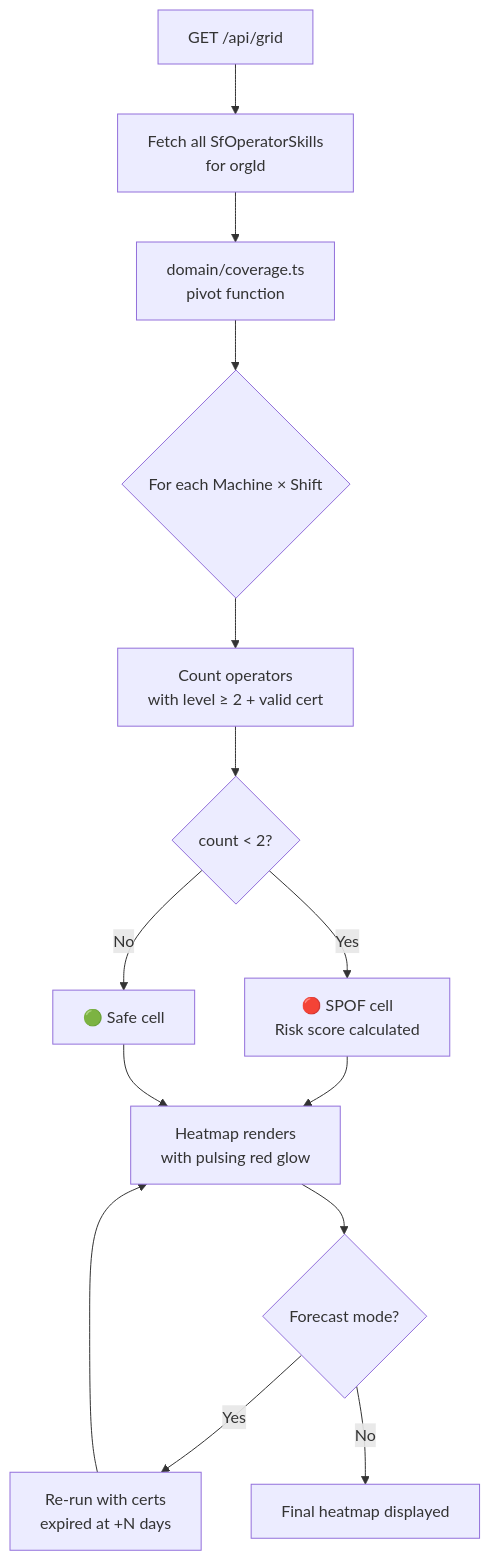
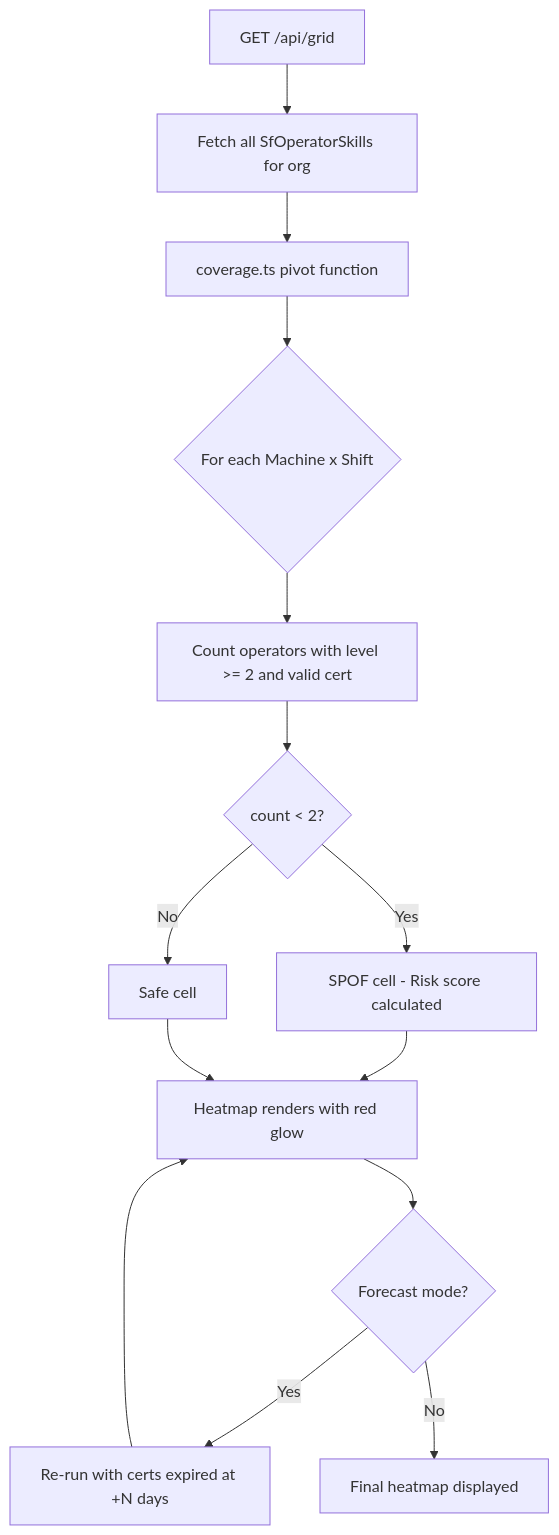
Before and after one commit to awakenedarpit/skillsforge: the sixth of 8 diagrams in README.md, drawn with Mermaid. The commit also changed other lines of this file, not shown here.

Commit message:
fix: resolve all Mermaid diagram syntax errors in README

````diff
--- a/README.md
+++ b/README.md
@@ -215,16 +214,16 @@
 ```mermaid
 flowchart TD
-    A[GET /api/grid] --> B[Fetch all SfOperatorSkills\nfor orgId]
-    B --> C[domain/coverage.ts\npivot function]
-    C --> D{For each Machine × Shift}
-    D --> E[Count operators\nwith level ≥ 2 + valid cert]
+    A["GET /api/grid"] --> B["Fetch all SfOperatorSkills for org"]
+    B --> C["coverage.ts pivot function"]
+    C --> D{"For each Machine x Shift"}
+    D --> E["Count operators with level >= 2 and valid cert"]
     E --> F{count < 2?}
-    F -- Yes --> G[🔴 SPOF cell\nRisk score calculated]
-    F -- No --> H[🟢 Safe cell]
-    G --> I[Heatmap renders\nwith pulsing red glow]
+    F -- Yes --> G["SPOF cell - Risk score calculated"]
+    F -- No --> H["Safe cell"]
+    G --> I["Heatmap renders with red glow"]
     H --> I
     I --> J{Forecast mode?}
-    J -- Yes --> K[Re-run with certs\nexpired at +N days]
+    J -- Yes --> K["Re-run with certs expired at +N days"]
     K --> I
-    J -- No --> L[Final heatmap displayed]
+    J -- No --> L["Final heatmap displayed"]
 ```
````
